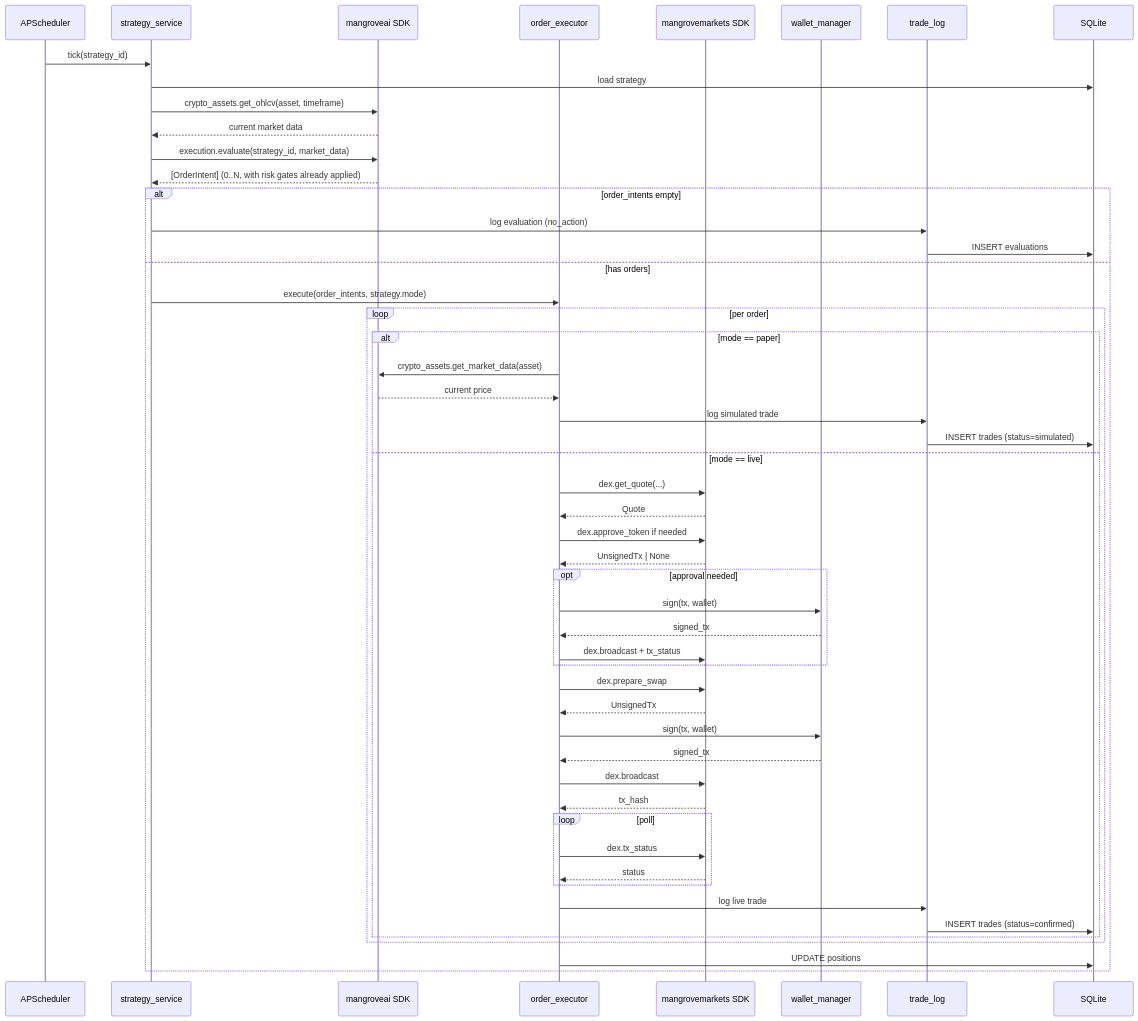
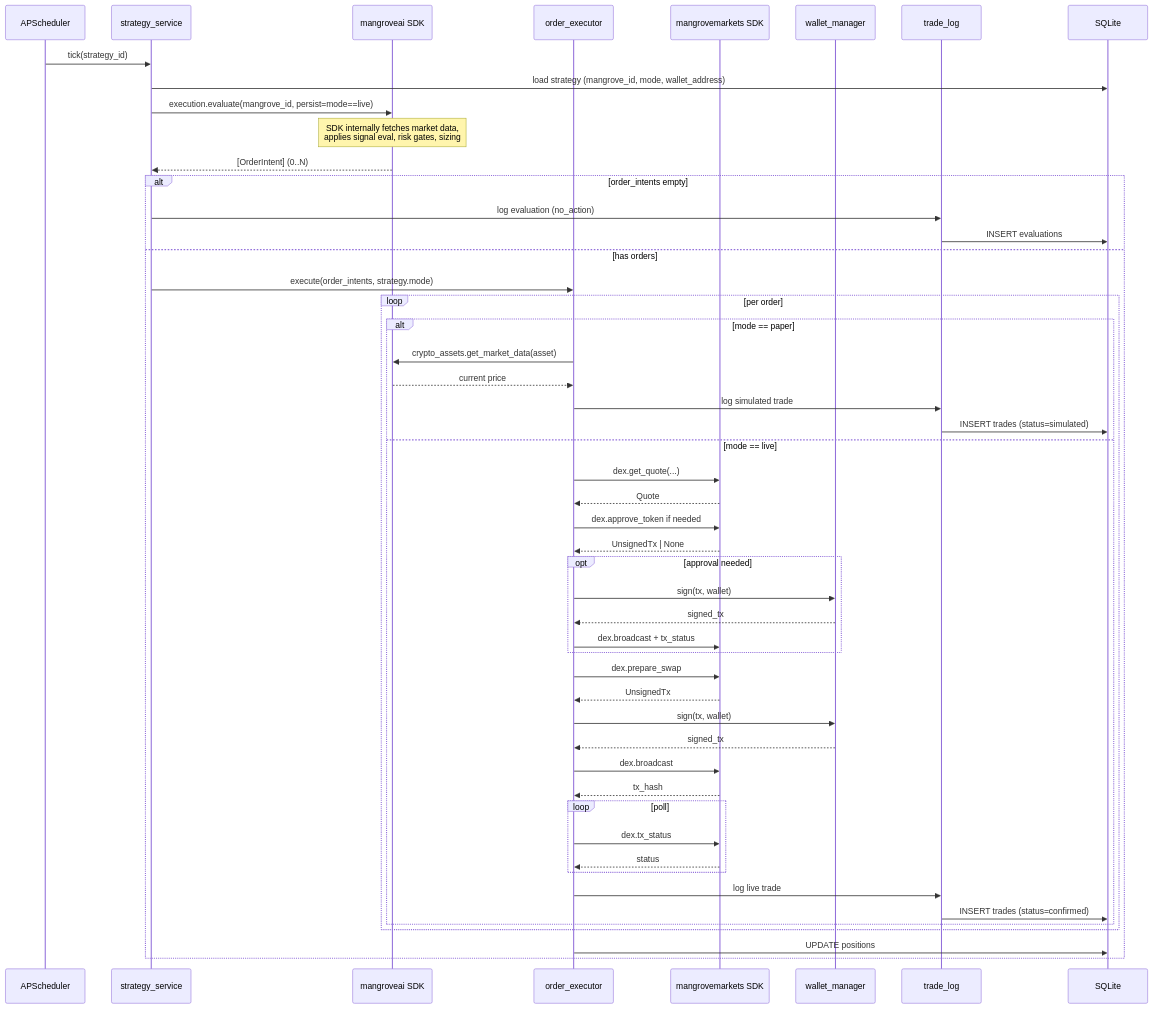
The sixth of 9 diagrams in docs/architecture.md (MangroveTechnologies/app-in-a-box), drawn with Mermaid before and after one commit. The commit also changed other lines of this file and 2 other files, not shown here.

First line of the commit message:
plan/arch/spec: correct evaluate() signature — SDK fetches market data

````diff
--- a/docs/architecture.md
+++ b/docs/architecture.md
@@ -206,56 +206,55 @@
 ```mermaid
 sequenceDiagram
     participant SCH as APScheduler
     participant SS as strategy_service
     participant SDK as mangroveai SDK
     participant OE as order_executor
     participant Mkts as mangrovemarkets SDK
     participant WM as wallet_manager
     participant TL as trade_log
     participant DB as SQLite
 
     SCH->>SS: tick(strategy_id)
-    SS->>DB: load strategy
-    SS->>SDK: crypto_assets.get_ohlcv(asset, timeframe)
-    SDK-->>SS: current market data
-    SS->>SDK: execution.evaluate(strategy_id, market_data)
-    SDK-->>SS: [OrderIntent] (0..N, with risk gates already applied)
+    SS->>DB: load strategy (mangrove_id, mode, wallet_address)
+    SS->>SDK: execution.evaluate(mangrove_id, persist=mode==live)
+    Note over SDK: SDK internally fetches market data,<br/>applies signal eval, risk gates, sizing
+    SDK-->>SS: [OrderIntent] (0..N)
 
     alt order_intents empty
         SS->>TL: log evaluation (no_action)
         TL->>DB: INSERT evaluations
     else has orders
         SS->>OE: execute(order_intents, strategy.mode)
         loop per order
             alt mode == paper
                 OE->>SDK: crypto_assets.get_market_data(asset)
                 SDK-->>OE: current price
                 OE->>TL: log simulated trade
                 TL->>DB: INSERT trades (status=simulated)
             else mode == live
                 OE->>Mkts: dex.get_quote(...)
                 Mkts-->>OE: Quote
                 OE->>Mkts: dex.approve_token if needed
                 Mkts-->>OE: UnsignedTx | None
                 opt approval needed
                     OE->>WM: sign(tx, wallet)
                     WM-->>OE: signed_tx
                     OE->>Mkts: dex.broadcast + tx_status
                 end
                 OE->>Mkts: dex.prepare_swap
                 Mkts-->>OE: UnsignedTx
                 OE->>WM: sign(tx, wallet)
                 WM-->>OE: signed_tx
                 OE->>Mkts: dex.broadcast
                 Mkts-->>OE: tx_hash
                 loop poll
                     OE->>Mkts: dex.tx_status
                     Mkts-->>OE: status
                 end
                 OE->>TL: log live trade
                 TL->>DB: INSERT trades (status=confirmed)
             end
         end
         OE->>DB: UPDATE positions
     end
 ```
````
